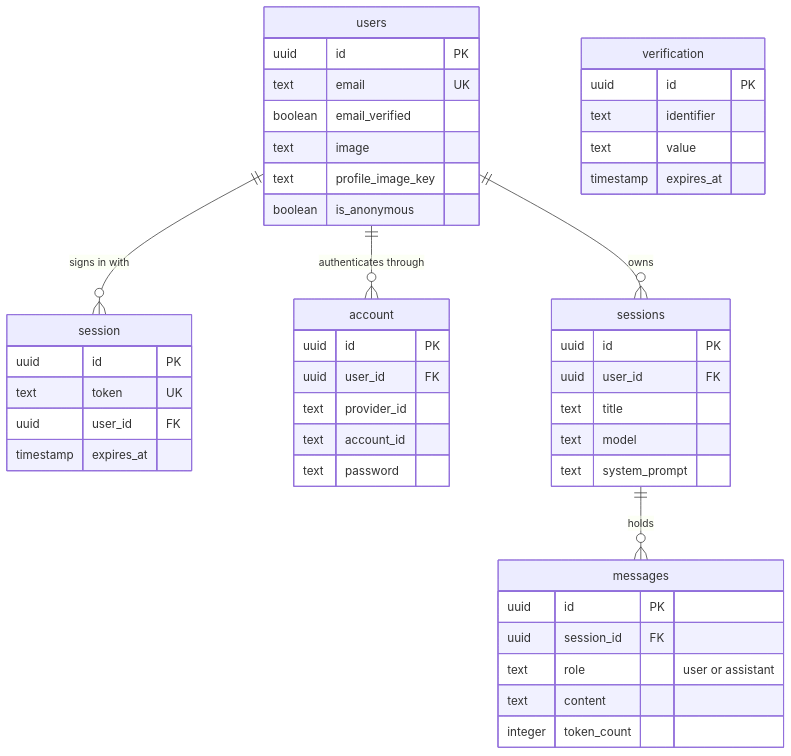
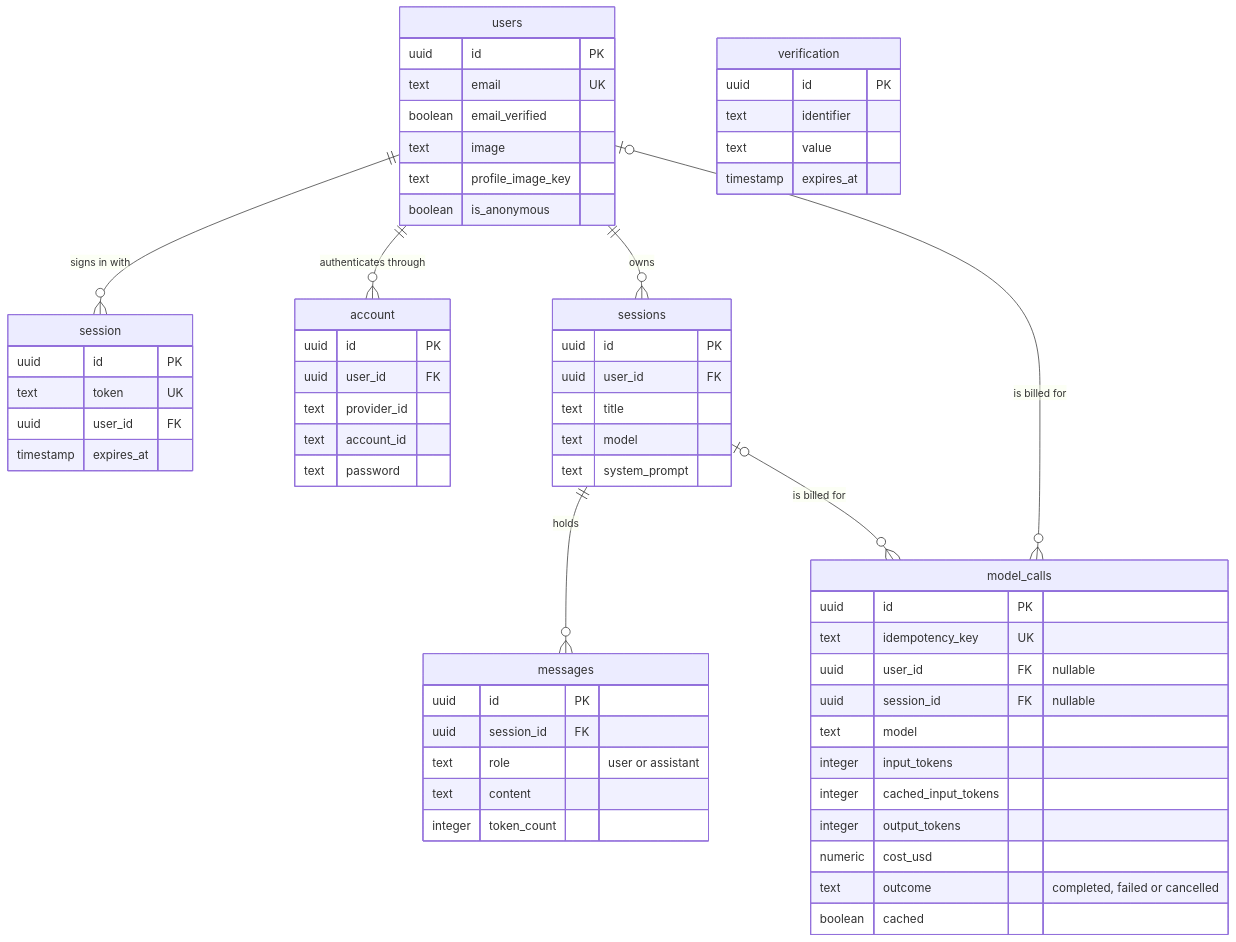
Before and after one commit to itsDaiton/nebula-chat: the fifth of 8 diagrams in docs/architecture.md, drawn with Mermaid. The commit also changed other lines of this file and 16 other files, not shown here.

````diff
--- a/docs/architecture.md
+++ b/docs/architecture.md
@@ -154,49 +154,64 @@
 ```mermaid
 erDiagram
   users ||--o{ session : "signs in with"
   users ||--o{ account : "authenticates through"
   users ||--o{ sessions : owns
   sessions ||--o{ messages : holds
+  users |o--o{ model_calls : "is billed for"
+  sessions |o--o{ model_calls : "is billed for"
 
   users {
     uuid id PK
     text email UK
     boolean email_verified
     text image
     text profile_image_key
     boolean is_anonymous
   }
   session {
     uuid id PK
     text token UK
     uuid user_id FK
     timestamp expires_at
   }
   account {
     uuid id PK
     uuid user_id FK
     text provider_id
     text account_id
     text password
   }
   verification {
     uuid id PK
     text identifier
     text value
     timestamp expires_at
   }
   sessions {
     uuid id PK
     uuid user_id FK
     text title
     text model
     text system_prompt
   }
   messages {
     uuid id PK
     uuid session_id FK
     text role "user or assistant"
     text content
     integer token_count
   }
+  model_calls {
+    uuid id PK
+    text idempotency_key UK
+    uuid user_id FK "nullable"
+    uuid session_id FK "nullable"
+    text model
+    integer input_tokens
+    integer cached_input_tokens
+    integer output_tokens
+    numeric cost_usd
+    text outcome "completed, failed or cancelled"
+    boolean cached
+  }
 ```
````
